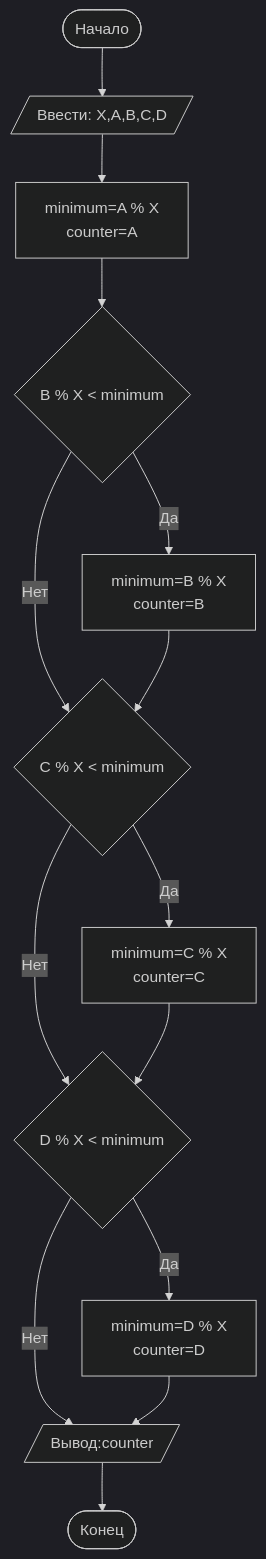
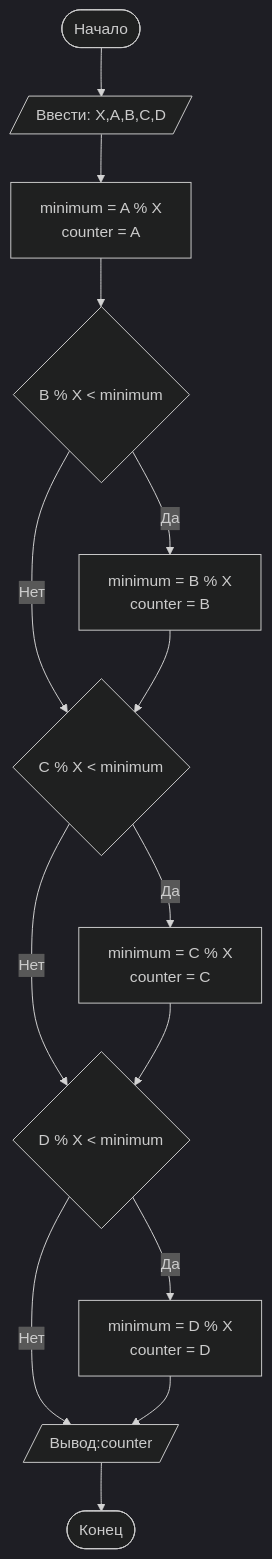
One commit to ArseniyPM/README.md changed the diagram in README.md. Above: the diagram before and after it, drawn with Mermaid (dark theme). The commit also changed other lines of this file, not shown here.

````diff
--- a/README.md
+++ b/README.md
@@ -93,16 +93,16 @@
 ```mermaid
 graph TD
     A([Начало]) --> B[/Ввести: X,A,B,C,D/]
-    B --> C[minimum=A % X<br/> counter=A]
+    B --> C[minimum = A % X<br/> counter = A]
     C --> D{B % X < minimum}
-    D -- Да --> E[minimum=B % X <br/> counter=B]
+    D -- Да --> E[minimum = B % X <br/> counter = B]
     D -- Нет --> F{C % X < minimum}
     E --> F
-    F -- Да --> G[minimum=C % X <br/> counter=C]
+    F -- Да --> G[minimum = C % X <br/> counter = C]
     F -- Нет --> H{D % X < minimum}
     G --> H
-    H -- Да --> I[minimum=D % X <br/> counter=D]
+    H -- Да --> I[minimum = D % X <br/> counter = D]
     H -- Нет --> J[/Вывод:counter/]
     I --> J
     J --> K([Конец])
 ```
````
